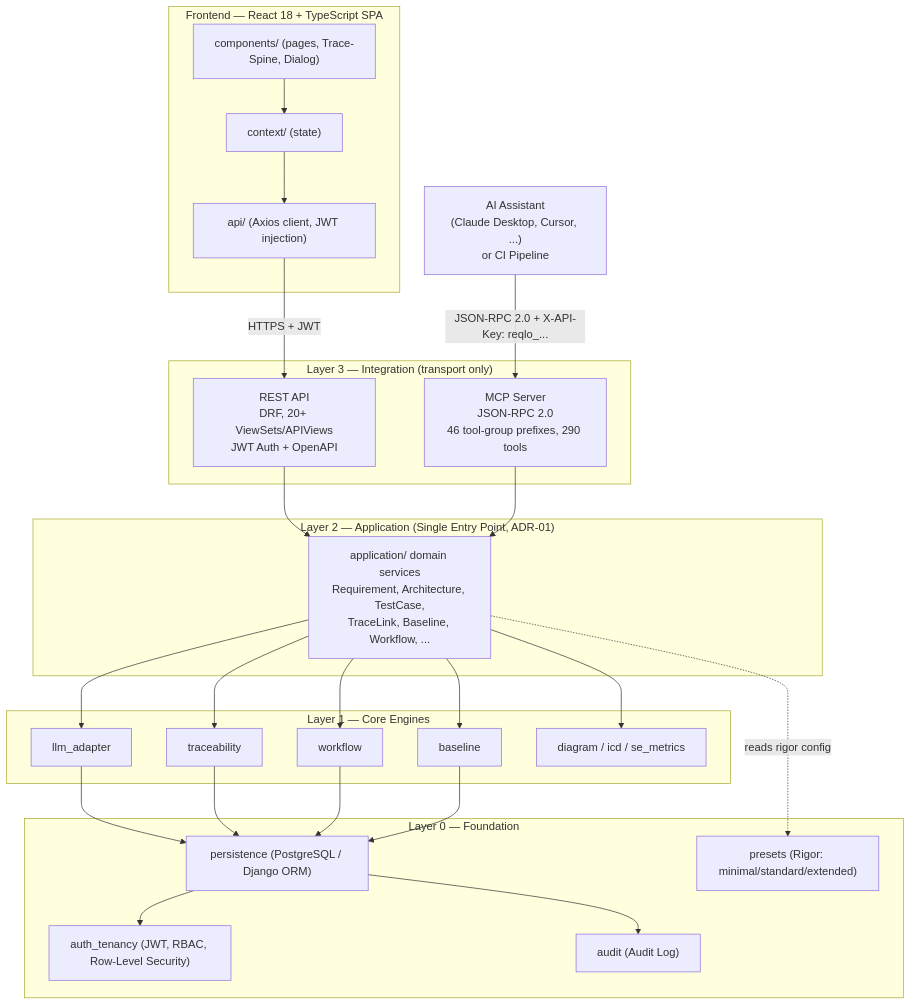
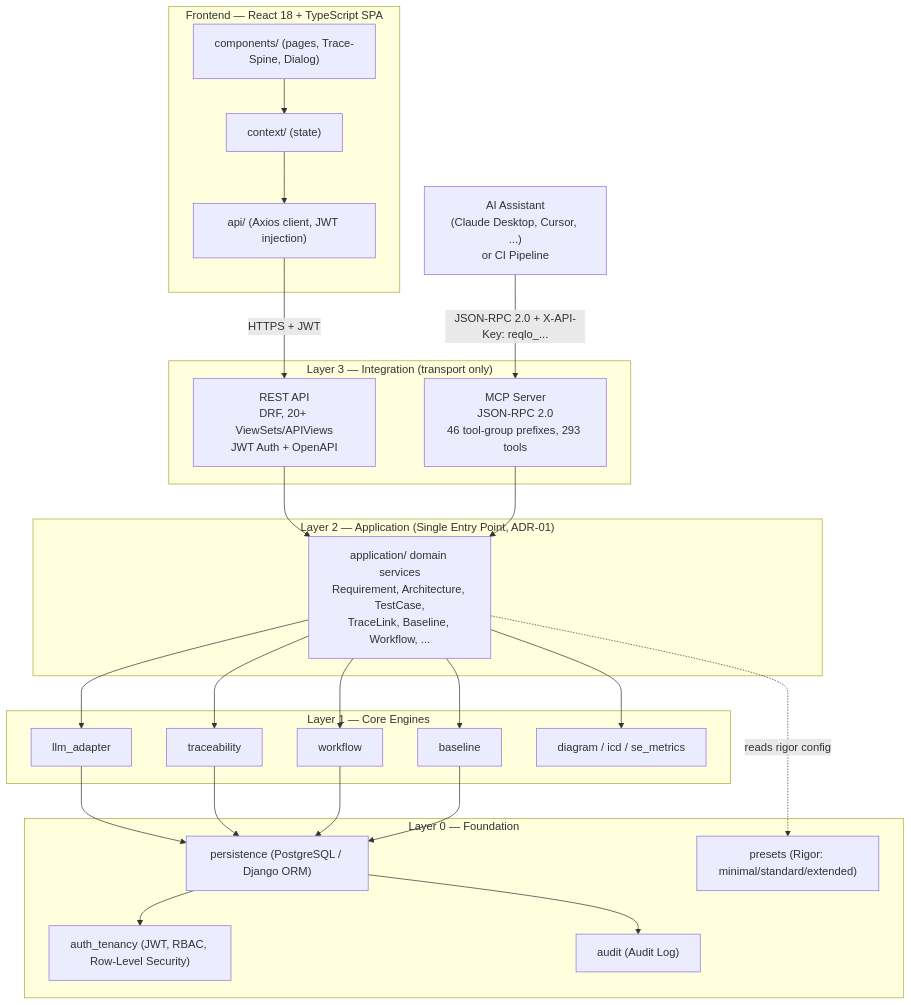
Before and after one commit to Popoboxxo/ReqogniLoom: the first of 3 diagrams in README.md, drawn with Mermaid. The commit also changed other lines of this file and 15 other files, not shown here.

````diff
--- a/README.md
+++ b/README.md
@@ -102,53 +102,53 @@
 ```mermaid
 graph TD
     subgraph FE["Frontend — React 18 + TypeScript SPA"]
         UI["components/ (pages, Trace-Spine, Dialog)"]
         CTX["context/ (state)"]
         APICLIENT["api/ (Axios client, JWT injection)"]
         UI --> CTX --> APICLIENT
     end
 
     EXT["AI Assistant<br/>(Claude Desktop, Cursor, ...)<br/>or CI Pipeline"]
 
     subgraph L3["Layer 3 — Integration (transport only)"]
         REST["REST API<br/>DRF, 20+ ViewSets/APIViews<br/>JWT Auth + OpenAPI"]
-        MCP["MCP Server<br/>JSON-RPC 2.0<br/>46 tool-group prefixes, 290 tools"]
+        MCP["MCP Server<br/>JSON-RPC 2.0<br/>46 tool-group prefixes, 293 tools"]
     end
 
     subgraph L2["Layer 2 — Application (Single Entry Point, ADR-01)"]
         APP["application/ domain services<br/>Requirement, Architecture, TestCase,<br/>TraceLink, Baseline, Workflow, ..."]
     end
 
     subgraph L1["Layer 1 — Core Engines"]
         LLM["llm_adapter"]
         TRACE["traceability"]
         WF["workflow"]
         BASE["baseline"]
         DIAG["diagram / icd / se_metrics"]
     end
 
     subgraph L0["Layer 0 — Foundation"]
         PERSIST["persistence (PostgreSQL / Django ORM)"]
         AUTH["auth_tenancy (JWT, RBAC, Row-Level Security)"]
         PRESET["presets (Rigor: minimal/standard/extended)"]
         AUDIT["audit (Audit Log)"]
     end
 
     APICLIENT -->|"HTTPS + JWT"| REST
     EXT -->|"JSON-RPC 2.0 + X-API-Key: reqlo_..."| MCP
 
     REST --> APP
     MCP --> APP
     APP --> LLM
     APP --> TRACE
     APP --> WF
     APP --> BASE
     APP --> DIAG
     APP -.->|"reads rigor config"| PRESET
     LLM --> PERSIST
     TRACE --> PERSIST
     WF --> PERSIST
     BASE --> PERSIST
     PERSIST --> AUTH
     PERSIST --> AUDIT
 ```
````
